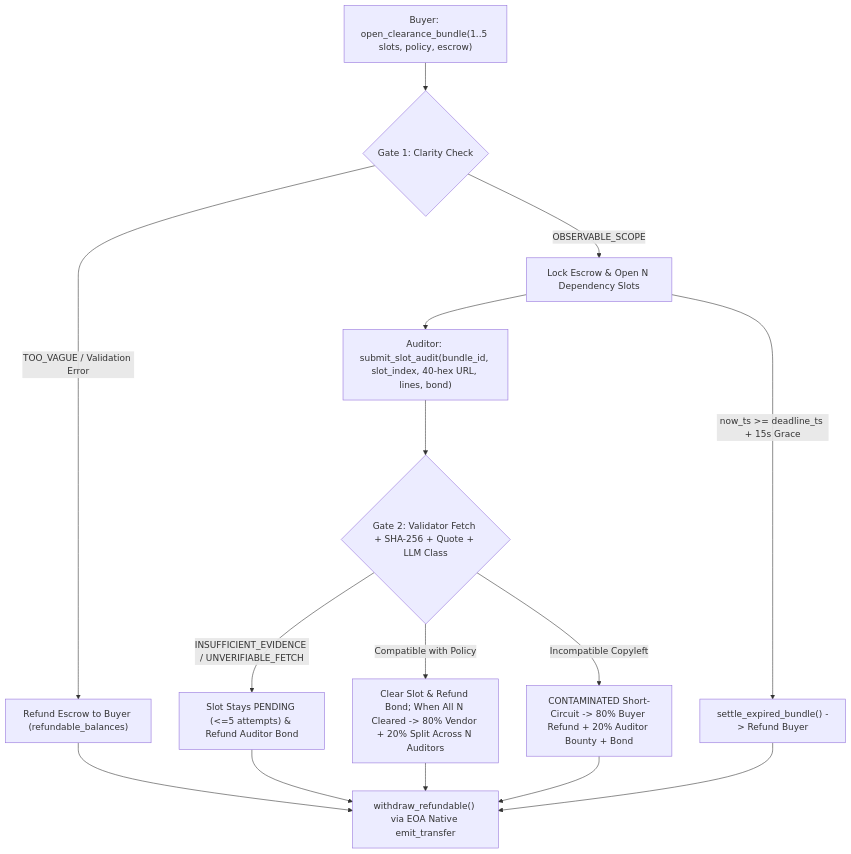
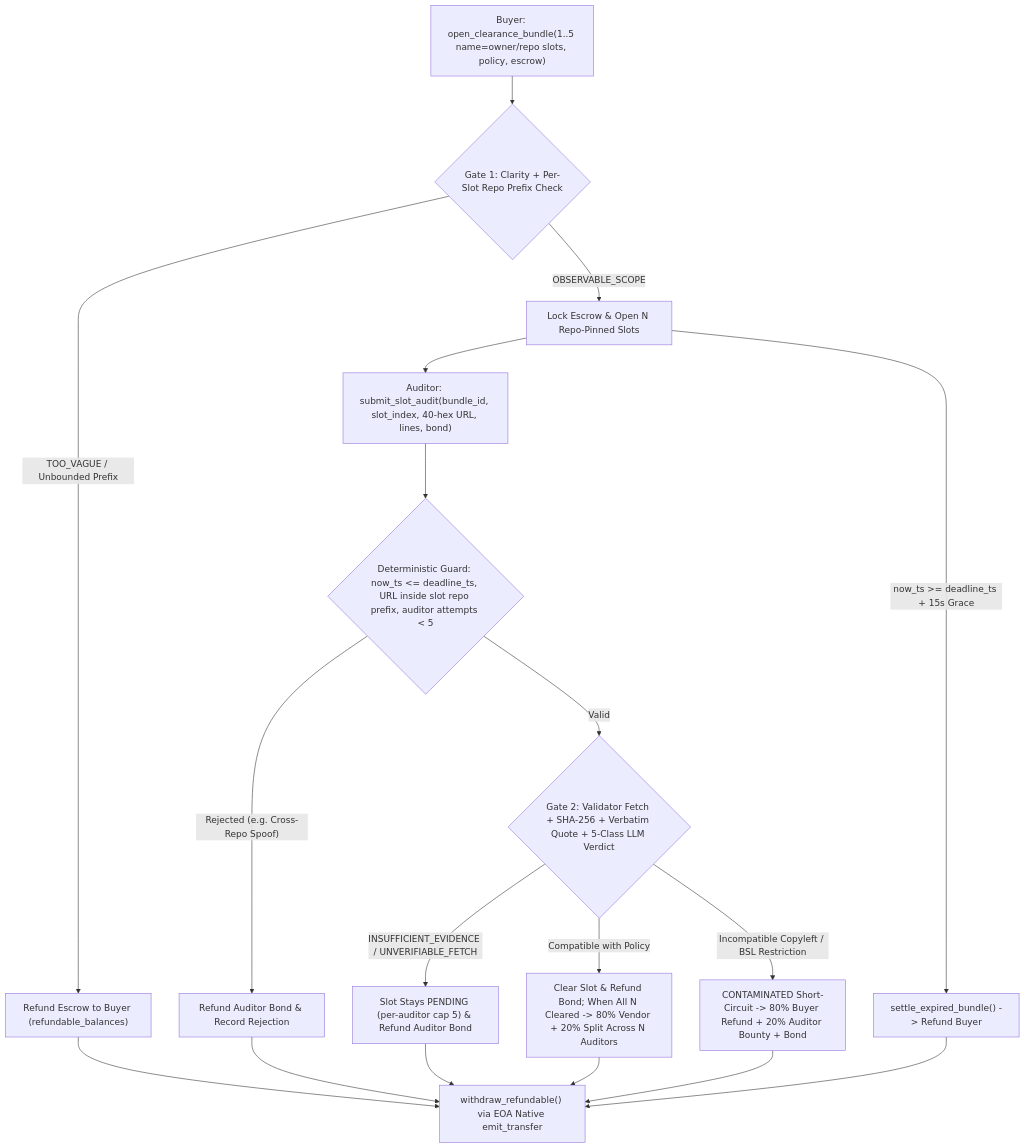
Before and after one commit to Kanezar3/License-Fence: the diagram in README.md, drawn with Mermaid. The commit also changed other lines of this file and 22 other files, not shown here.

Commit message:
feat(v2): per-slot repo pinning, NOASSERTION FFmpeg/Consul verdicts, live RPC polling, and Appeal Window UI

````diff
--- a/README.md
+++ b/README.md
@@ -11,13 +11,15 @@
 ```mermaid
 flowchart TD
-  A["Buyer: open_clearance_bundle(1..5 slots, policy, escrow)"] --> B{"Gate 1: Clarity Check"}
-  B -->|"TOO_VAGUE / Validation Error"| C["Refund Escrow to Buyer (refundable_balances)"]
-  B -->|"OBSERVABLE_SCOPE"| D["Lock Escrow & Open N Dependency Slots"]
+  A["Buyer: open_clearance_bundle(1..5 name=owner/repo slots, policy, escrow)"] --> B{"Gate 1: Clarity + Per-Slot Repo Prefix Check"}
+  B -->|"TOO_VAGUE / Unbounded Prefix"| C["Refund Escrow to Buyer (refundable_balances)"]
+  B -->|"OBSERVABLE_SCOPE"| D["Lock Escrow & Open N Repo-Pinned Slots"]
   D --> E["Auditor: submit_slot_audit(bundle_id, slot_index, 40-hex URL, lines, bond)"]
-  E --> F{"Gate 2: Validator Fetch + SHA-256 + Quote + LLM Class"}
-  F -->|"INSUFFICIENT_EVIDENCE / UNVERIFIABLE_FETCH"| G["Slot Stays PENDING (<=5 attempts) & Refund Auditor Bond"]
+  E --> V{"Deterministic Guard: now_ts <= deadline_ts, URL inside slot repo prefix, auditor attempts < 5"}
+  V -->|"Rejected (e.g. Cross-Repo Spoof)"| G1["Refund Auditor Bond & Record Rejection"]
+  V -->|"Valid"| F{"Gate 2: Validator Fetch + SHA-256 + Verbatim Quote + 5-Class LLM Verdict"}
+  F -->|"INSUFFICIENT_EVIDENCE / UNVERIFIABLE_FETCH"| G["Slot Stays PENDING (per-auditor cap 5) & Refund Auditor Bond"]
   F -->|"Compatible with Policy"| H["Clear Slot & Refund Bond; When All N Cleared -> 80% Vendor + 20% Split Across N Auditors"]
-  F -->|"Incompatible Copyleft"| I["CONTAMINATED Short-Circuit -> 80% Buyer Refund + 20% Auditor Bounty + Bond"]
+  F -->|"Incompatible Copyleft / BSL Restriction"| I["CONTAMINATED Short-Circuit -> 80% Buyer Refund + 20% Auditor Bounty + Bond"]
   D -->|"now_ts >= deadline_ts + 15s Grace"| J["settle_expired_bundle() -> Refund Buyer"]
-  C & G & H & I & J --> K["withdraw_refundable() via EOA Native emit_transfer"]
+  C & G1 & G & H & I & J --> K["withdraw_refundable() via EOA Native emit_transfer"]
 ```
````
